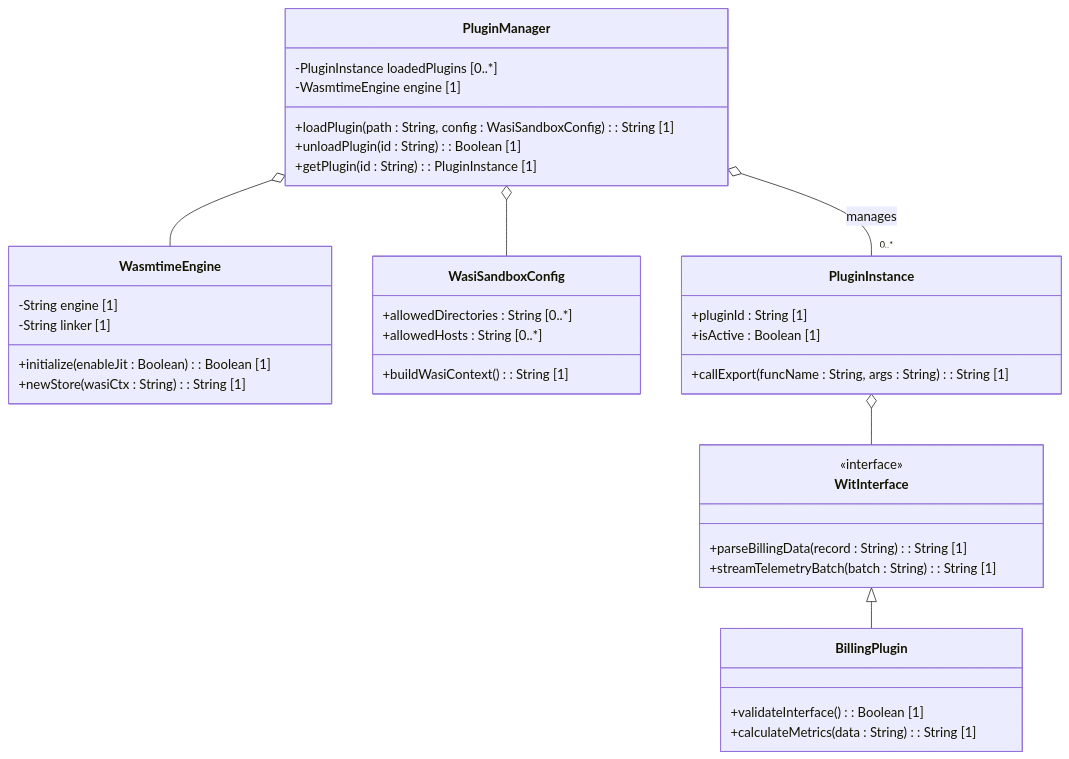
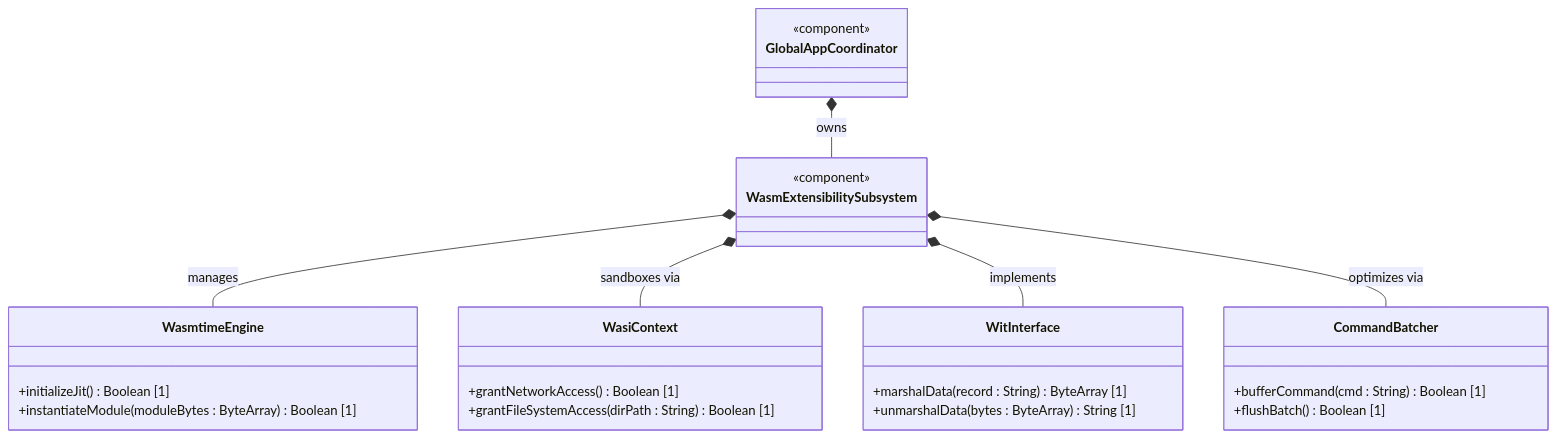
One commit to gintatkinson/3dgs-phoenix changed the second of 3 diagrams in docs/epics/epic-04-wasm-extensibility.md. Above: the diagram before and after it, drawn with Mermaid. The commit also changed other lines of this file and 9 other files, not shown here.

````diff
--- a/docs/epics/epic-04-wasm-extensibility.md
+++ b/docs/epics/epic-04-wasm-extensibility.md
@@ -197,41 +42,31 @@
 ```mermaid
 classDiagram
+    class GlobalAppCoordinator {
+        <<component>>
+    }
+    class WasmExtensibilitySubsystem {
+        <<component>>
+    }
     class WasmtimeEngine {
-        -String engine [1]
-        -String linker [1]
-        +initialize(enableJit : Boolean) : Boolean [1]
-        +newStore(wasiCtx : String) : String [1]
+        +initializeJit() Boolean [1]
+        +instantiateModule(moduleBytes : ByteArray) Boolean [1]
     }
-    class WasiSandboxConfig {
-        +allowedDirectories : String [0..*]
-        +allowedHosts : String [0..*]
-        +buildWasiContext() : String [1]
-    }
-    class PluginManager {
-        -PluginInstance loadedPlugins [0..*]
-        -WasmtimeEngine engine [1]
-        +loadPlugin(path : String, config : WasiSandboxConfig) : String [1]
-        +unloadPlugin(id : String) : Boolean [1]
-        +getPlugin(id : String) : PluginInstance [1]
+    class WasiContext {
+        +grantNetworkAccess() Boolean [1]
+        +grantFileSystemAccess(dirPath : String) Boolean [1]
     }
     class WitInterface {
-        <<interface>>
-        +parseBillingData(record : String) : String [1]
-        +streamTelemetryBatch(batch : String) : String [1]
+        +marshalData(record : String) ByteArray [1]
+        +unmarshalData(bytes : ByteArray) String [1]
     }
-    class BillingPlugin {
-        +validateInterface() : Boolean [1]
-        +calculateMetrics(data : String) : String [1]
-    }
-    class PluginInstance {
-        +pluginId : String [1]
-        +isActive : Boolean [1]
-        +callExport(funcName : String, args : String) : String [1]
+    class CommandBatcher {
+        +bufferCommand(cmd : String) Boolean [1]
+        +flushBatch() Boolean [1]
     }
 
-    PluginManager o-- WasmtimeEngine
-    PluginManager o-- WasiSandboxConfig
-    PluginManager o-- "0..*" PluginInstance : manages
-    PluginInstance o-- WitInterface
-    WitInterface <|-- BillingPlugin
+    GlobalAppCoordinator *-- WasmExtensibilitySubsystem : owns
+    WasmExtensibilitySubsystem *-- WasmtimeEngine : manages
+    WasmExtensibilitySubsystem *-- WasiContext : sandboxes via
+    WasmExtensibilitySubsystem *-- WitInterface : implements
+    WasmExtensibilitySubsystem *-- CommandBatcher : optimizes via
 ```
````
